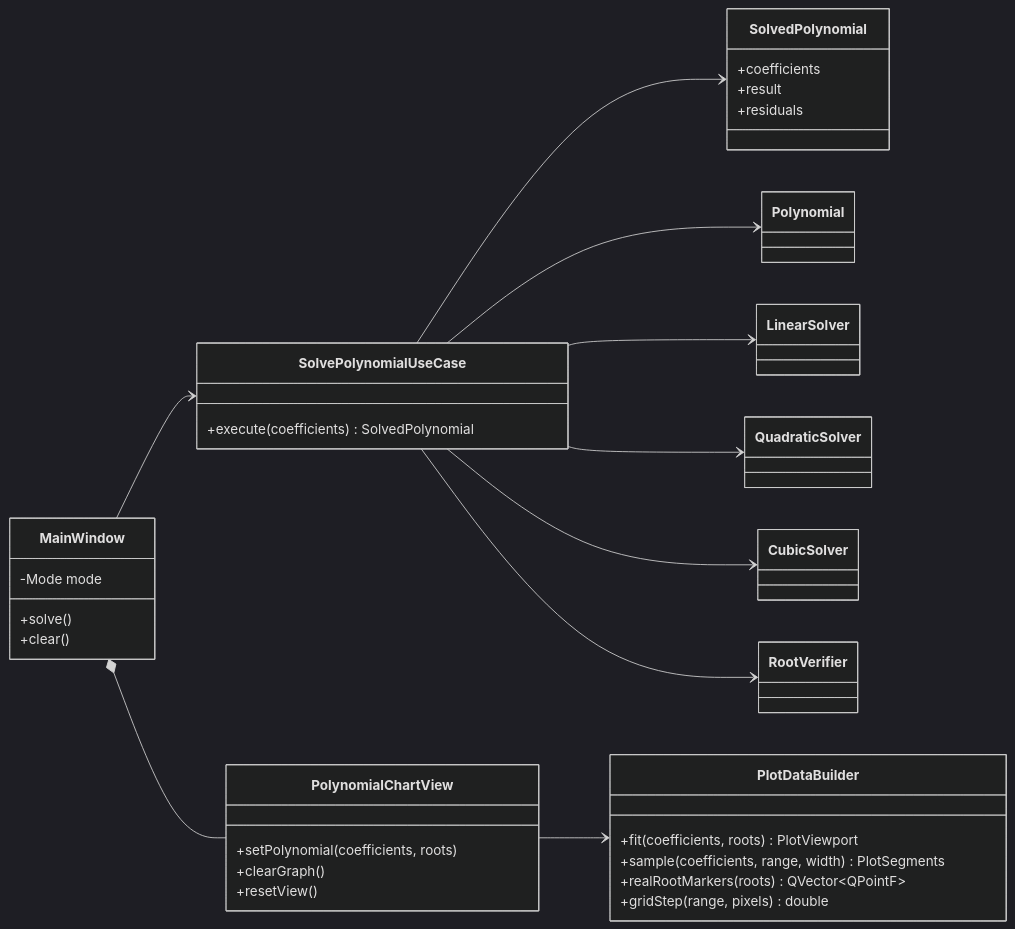
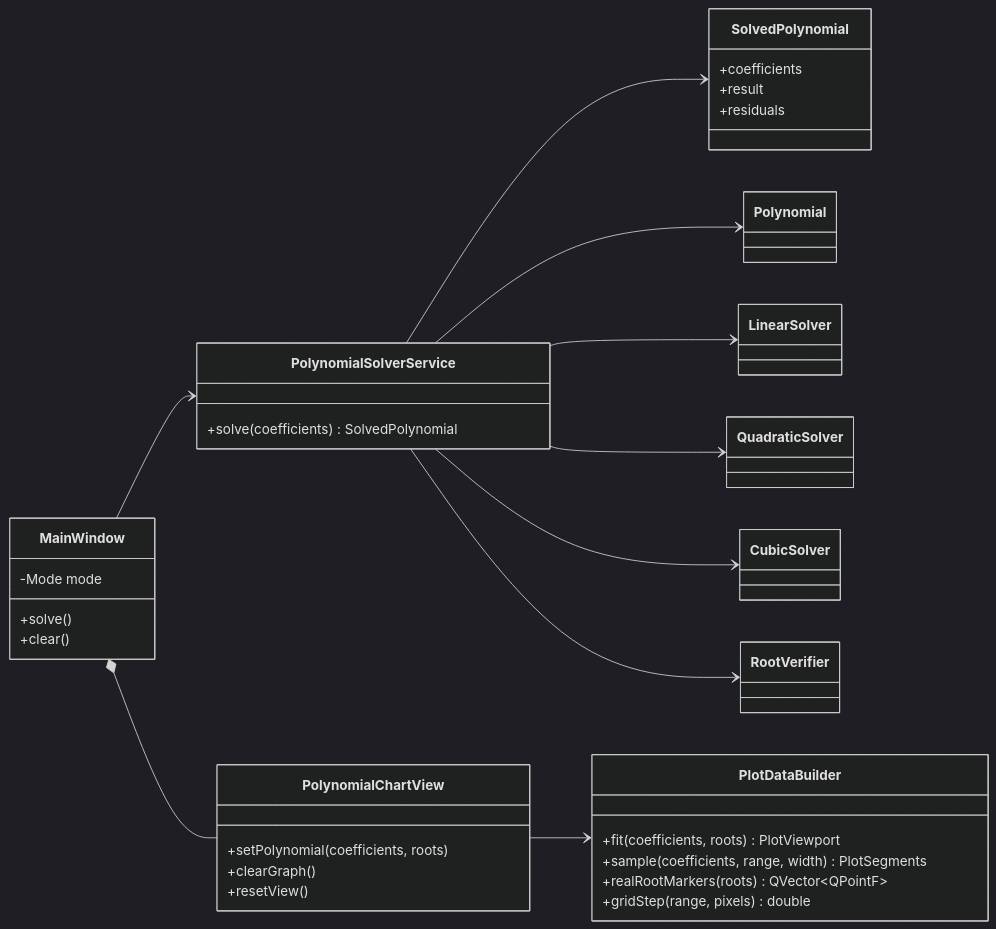
One commit to Modi663/PolynomialSolver changed the first of 3 diagrams in README.md. Above: the diagram before and after it, drawn with Mermaid (dark theme). The commit also changed other lines of this file and 12 other files, not shown here.

````diff
--- a/README.md
+++ b/README.md
@@ -83,49 +83,49 @@
 ```mermaid
 classDiagram
     direction LR
 
     class MainWindow {
         -Mode mode
         +solve()
         +clear()
     }
 
     class PolynomialChartView {
         +setPolynomial(coefficients, roots)
         +clearGraph()
         +resetView()
     }
 
     class PlotDataBuilder {
         +fit(coefficients, roots) PlotViewport
         +sample(coefficients, range, width) PlotSegments
         +realRootMarkers(roots) QVector~QPointF~
         +gridStep(range, pixels) double
     }
 
-    class SolvePolynomialUseCase {
-        +execute(coefficients) SolvedPolynomial
+    class PolynomialSolverService {
+        +solve(coefficients) SolvedPolynomial
     }
 
     class SolvedPolynomial {
         +coefficients
         +result
         +residuals
     }
 
     class Polynomial
     class LinearSolver
     class QuadraticSolver
     class CubicSolver
     class RootVerifier
 
-    MainWindow --> SolvePolynomialUseCase
+    MainWindow --> PolynomialSolverService
     MainWindow *-- PolynomialChartView
     PolynomialChartView --> PlotDataBuilder
-    SolvePolynomialUseCase --> SolvedPolynomial
-    SolvePolynomialUseCase --> Polynomial
-    SolvePolynomialUseCase --> LinearSolver
-    SolvePolynomialUseCase --> QuadraticSolver
-    SolvePolynomialUseCase --> CubicSolver
-    SolvePolynomialUseCase --> RootVerifier
+    PolynomialSolverService --> SolvedPolynomial
+    PolynomialSolverService --> Polynomial
+    PolynomialSolverService --> LinearSolver
+    PolynomialSolverService --> QuadraticSolver
+    PolynomialSolverService --> CubicSolver
+    PolynomialSolverService --> RootVerifier
 ```
````
